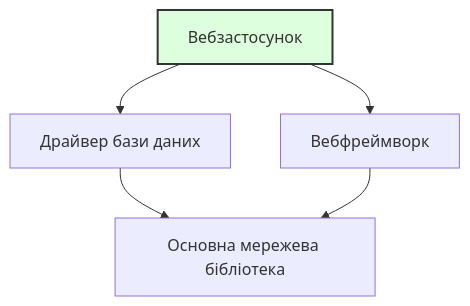
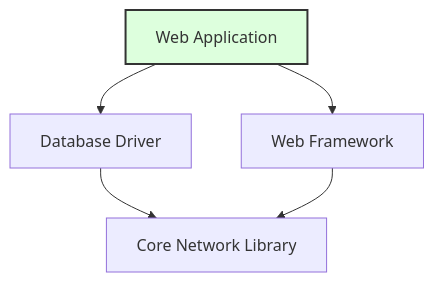
The second of 2 diagrams in src/content/docs/uk/prerequisites/zero-to-terminal/module-0.9-software-and-packages.md (kube-dojo/kube-dojo), drawn with Mermaid before and after one commit. The commit also changed other lines of this file and 8 other files, not shown here.

````diff
--- a/src/content/docs/uk/prerequisites/zero-to-terminal/module-0.9-software-and-packages.md
+++ b/src/content/docs/uk/prerequisites/zero-to-terminal/module-0.9-software-and-packages.md
@@ -207,9 +165,9 @@
 ```mermaid
 flowchart TD
-    A[Вебзастосунок] --> B[Драйвер бази даних]
-    A --> C[Вебфреймворк]
-    B --> D[Основна мережева бібліотека]
+    A[Web Application] --> B[Database Driver]
+    A --> C[Web Framework]
+    B --> D[Core Network Library]
     C --> D
-    
+
     style A fill:#dfd,stroke:#333,stroke-width:2px
 ```
````
